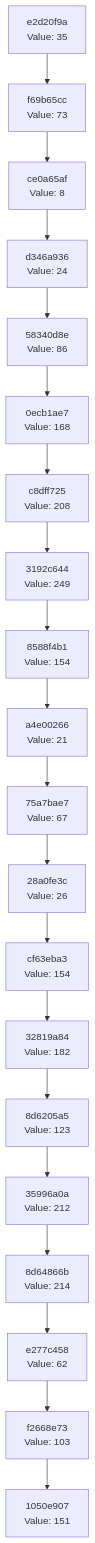
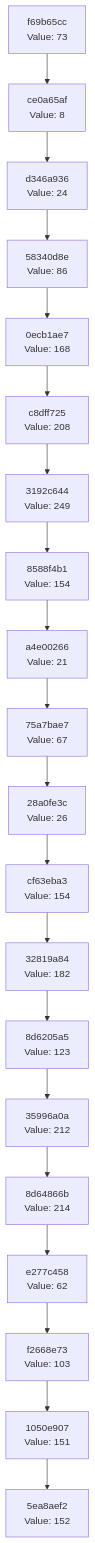
The diagram in docs/CHAIN_VISUALIZATION.md (Abhisheksinha1506/hash-chain-evolver), drawn with Mermaid before and after one commit. The commit also changed 3 other files, not shown here.

````diff
--- a/docs/CHAIN_VISUALIZATION.md
+++ b/docs/CHAIN_VISUALIZATION.md
@@ -3,42 +3,42 @@
 ```mermaid
 graph TD
-    C0["1050e907<br/>Value: 151"]
-    C1["f2668e73<br/>Value: 103"]
+    C0["5ea8aef2<br/>Value: 152"]
+    C1["1050e907<br/>Value: 151"]
     C1 --> C0
-    C2["e277c458<br/>Value: 62"]
+    C2["f2668e73<br/>Value: 103"]
     C2 --> C1
-    C3["8d64866b<br/>Value: 214"]
+    C3["e277c458<br/>Value: 62"]
     C3 --> C2
-    C4["35996a0a<br/>Value: 212"]
+    C4["8d64866b<br/>Value: 214"]
     C4 --> C3
-    C5["8d6205a5<br/>Value: 123"]
+    C5["35996a0a<br/>Value: 212"]
     C5 --> C4
-    C6["32819a84<br/>Value: 182"]
+    C6["8d6205a5<br/>Value: 123"]
     C6 --> C5
-    C7["cf63eba3<br/>Value: 154"]
+    C7["32819a84<br/>Value: 182"]
     C7 --> C6
-    C8["28a0fe3c<br/>Value: 26"]
+    C8["cf63eba3<br/>Value: 154"]
     C8 --> C7
-    C9["75a7bae7<br/>Value: 67"]
+    C9["28a0fe3c<br/>Value: 26"]
     C9 --> C8
-    C10["a4e00266<br/>Value: 21"]
+    C10["75a7bae7<br/>Value: 67"]
     C10 --> C9
-    C11["8588f4b1<br/>Value: 154"]
+    C11["a4e00266<br/>Value: 21"]
     C11 --> C10
-    C12["3192c644<br/>Value: 249"]
+    C12["8588f4b1<br/>Value: 154"]
     C12 --> C11
-    C13["c8dff725<br/>Value: 208"]
+    C13["3192c644<br/>Value: 249"]
     C13 --> C12
-    C14["0ecb1ae7<br/>Value: 168"]
+    C14["c8dff725<br/>Value: 208"]
     C14 --> C13
-    C15["58340d8e<br/>Value: 86"]
+    C15["0ecb1ae7<br/>Value: 168"]
     C15 --> C14
-    C16["d346a936<br/>Value: 24"]
+    C16["58340d8e<br/>Value: 86"]
     C16 --> C15
-    C17["ce0a65af<br/>Value: 8"]
+    C17["d346a936<br/>Value: 24"]
     C17 --> C16
-    C18["f69b65cc<br/>Value: 73"]
+    C18["ce0a65af<br/>Value: 8"]
     C18 --> C17
-    C19["e2d20f9a<br/>Value: 35"]
+    C19["f69b65cc<br/>Value: 73"]
     C19 --> C18
 ```
````
